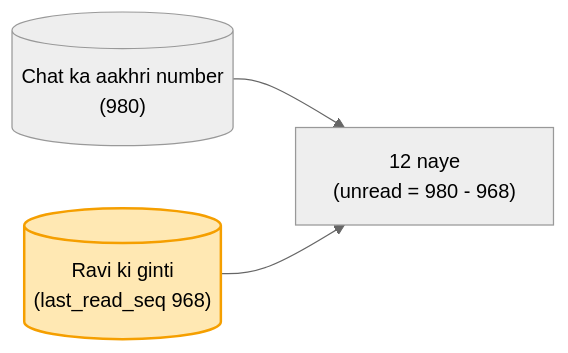
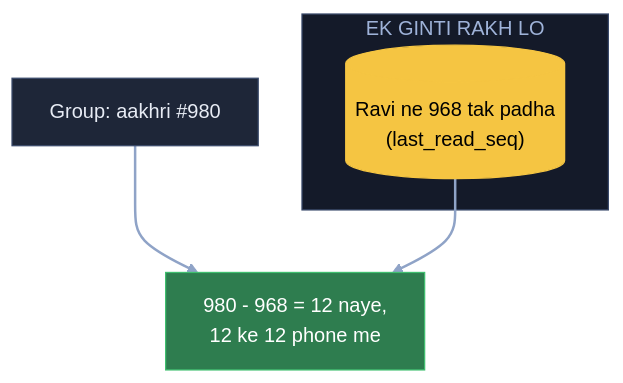
Before and after one commit to ArpanMaheshwari144/Prep: the eighth of 12 diagrams in 04_HLD/SYSTEM_DESIGNS/14_chat_messaging/14_chat_messaging.md, drawn with Mermaid (neutral theme). The commit also changed other lines of this file, not shown here.

Commit message:
Chat: 12 diagram hand notes ke shabdon se

````diff
--- a/04_HLD/SYSTEM_DESIGNS/14_chat_messaging/14_chat_messaging.md
+++ b/04_HLD/SYSTEM_DESIGNS/14_chat_messaging/14_chat_messaging.md
@@ -171,6 +254,16 @@
 ```mermaid
-flowchart LR
-    C[("Chat ka aakhri number<br/>(980)")] --> U["12 naye<br/>(unread = 980 - 968)"]
-    L[("Ravi ki ginti<br/>(last_read_seq 968)")] --> U
-    style L fill:#ffe8b3,stroke:#f59f00,stroke-width:2px,color:#000
+flowchart TB
+    G["Group: aakhri #980"]:::card
+    subgraph EG["EK GINTI RAKH LO"]
+        L[("Ravi ne 968 tak padha<br/>(last_read_seq)")]:::pill
+    end
+    U["980 - 968 = 12 naye,<br/>12 ke 12 phone me"]:::good
+    G --> U
+    L --> U
+    linkStyle default stroke:#8fa3c7,stroke-width:2px
+    classDef card fill:#1e2638,stroke:#3a4a6b,color:#e8ecf5
+    classDef pill fill:#f5c542,stroke:#f5c542,color:#000
+    classDef good fill:#2e7d4f,stroke:#3fbf6f,color:#fff
+    classDef bad fill:#5c1f24,stroke:#e05561,color:#fff
+    style EG fill:#141a29,stroke:#3a4a6b,color:#9fb3d9
 ```
````
